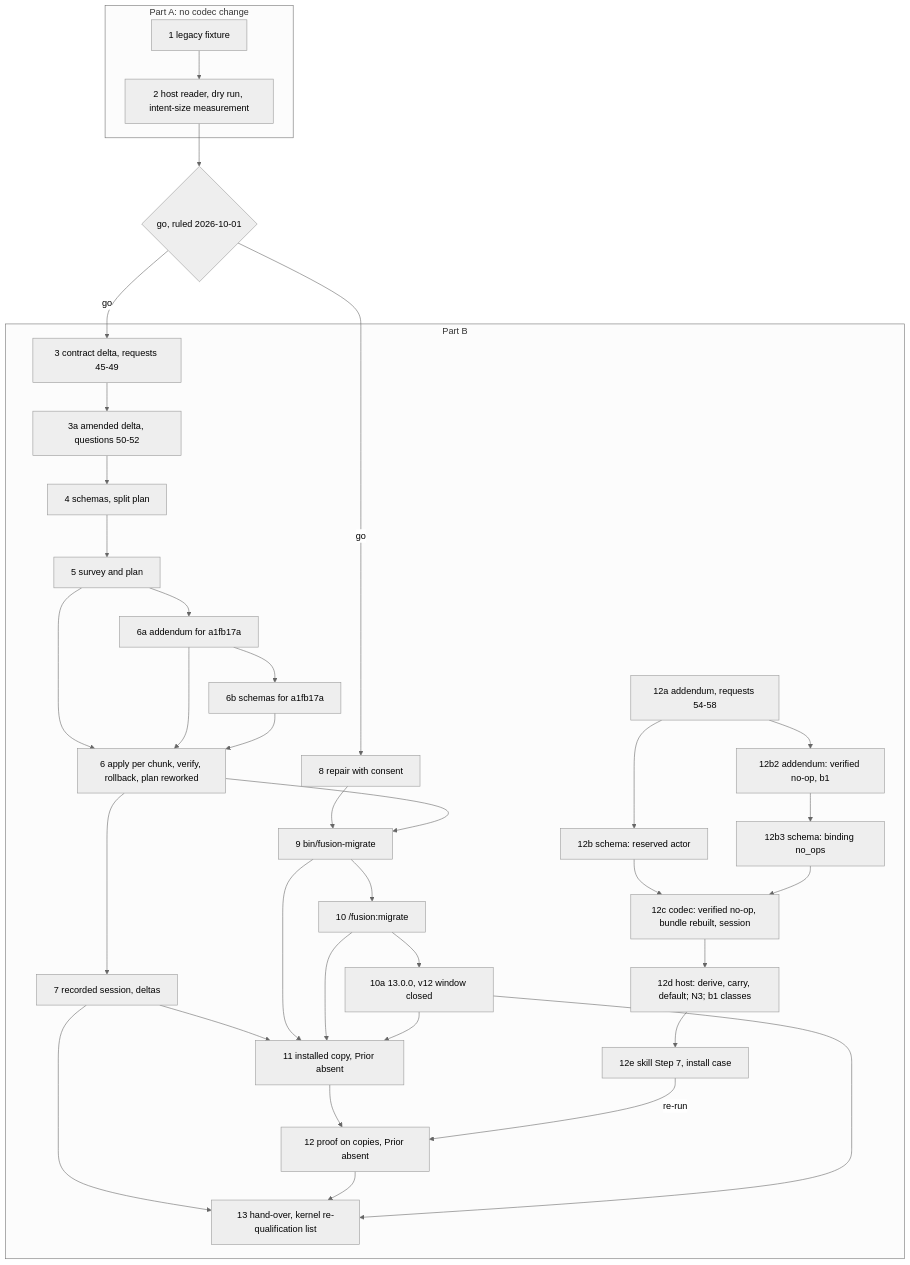
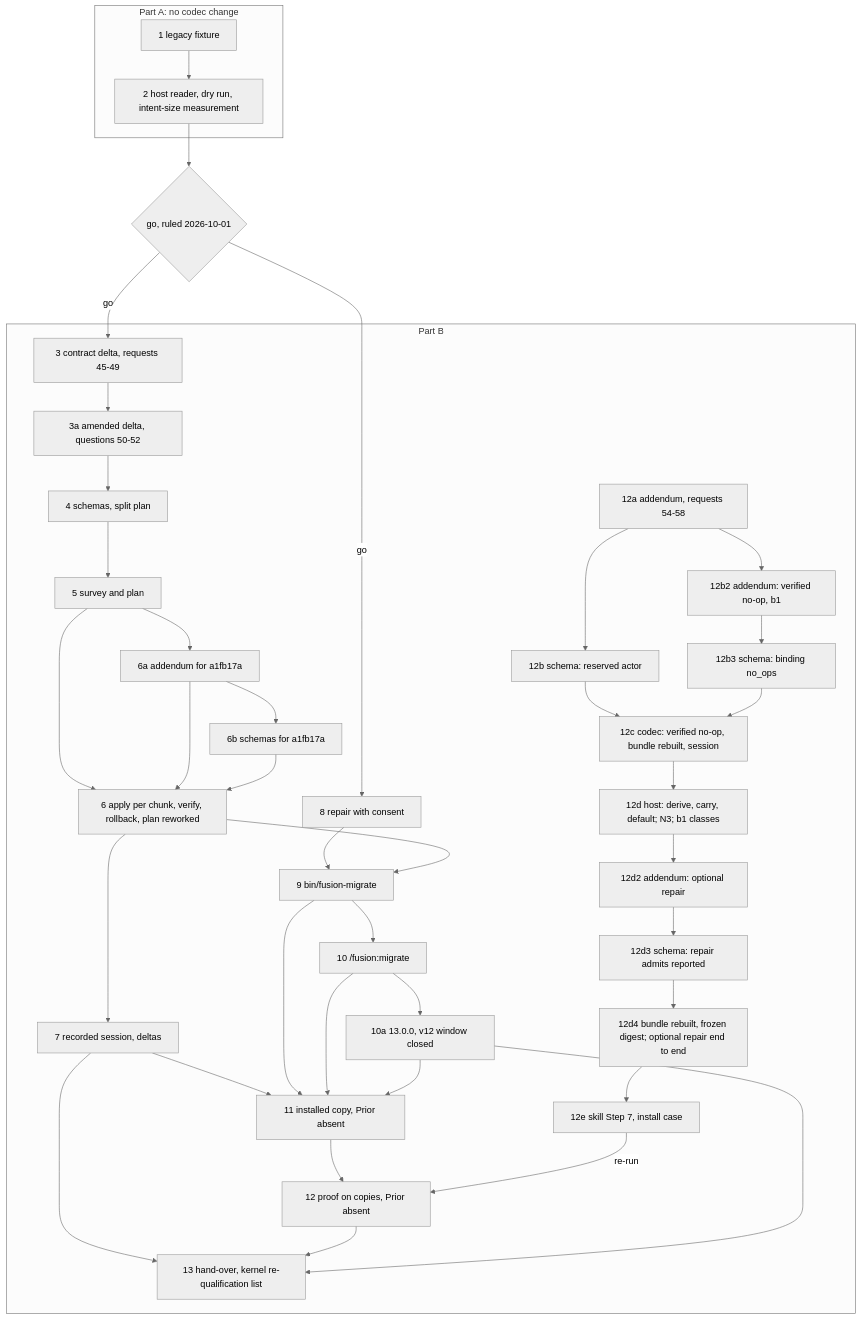
Before and after one commit to tenzoki/fusion: the second of 2 diagrams in fusion-workbench/work-packages/260928-1338-json-control-data-and-markdown-artefacts/plans/261001-1804_p_plan-fj04-the-migration-of-a-legacy-workbench-proven-on-copies.md, drawn with Mermaid (neutral theme). The commit also changed other lines of this file and 3 other files, not shown here.

First line of the commit message:
docs(workbench): optional repairs enter the frozen plan, decision 261003-2045 answered (FJ04 steps 12d2-12d4 planned)

````diff
--- a/fusion-workbench/work-packages/260928-1338-json-control-data-and-markdown-artefacts/plans/261001-1804_p_plan-fj04-the-migration-of-a-legacy-workbench-proven-on-copies.md
+++ b/fusion-workbench/work-packages/260928-1338-json-control-data-and-markdown-artefacts/plans/261001-1804_p_plan-fj04-the-migration-of-a-legacy-workbench-proven-on-copies.md
@@ -1018,40 +1067,43 @@
 ```mermaid
 flowchart TD
   subgraph A["Part A: no codec change"]
     S1[1 legacy fixture] --> S2[2 host reader, dry run, intent-size measurement]
   end
   S2 --> GO{go, ruled 2026-10-01}
   subgraph B["Part B"]
     S3[3 contract delta, requests 45-49] --> S3a[3a amended delta, questions 50-52]
     S3a --> S4[4 schemas, split plan]
     S4 --> S5[5 survey and plan]
     S5 --> S6[6 apply per chunk, verify, rollback, plan reworked]
     S5 --> S6a[6a addendum for a1fb17a]
     S6a --> S6b[6b schemas for a1fb17a]
     S6a --> S6
     S6b --> S6
     S6 --> S7[7 recorded session, deltas]
     S8[8 repair with consent] --> S9[9 bin/fusion-migrate]
     S6 --> S9
     S9 --> S10[10 /fusion:migrate]
     S10 --> S10a[10a 13.0.0, v12 window closed]
     S7 --> S11[11 installed copy, Prior absent]
     S9 --> S11
     S10 --> S11
     S10a --> S11
     S11 --> S12[12 proof on copies, Prior absent]
     S12a[12a addendum, requests 54-58] --> S12b[12b schema: reserved actor]
     S12a --> S12b2[12b2 addendum: verified no-op, b1]
     S12b2 --> S12b3[12b3 schema: binding no_ops]
     S12b --> S12c[12c codec: verified no-op, bundle rebuilt, session]
     S12b3 --> S12c
     S12c --> S12d[12d host: derive, carry, default; N3; b1 classes]
-    S12d --> S12e[12e skill Step 7, install case]
+    S12d --> S12d2[12d2 addendum: optional repair]
+    S12d2 --> S12d3[12d3 schema: repair admits reported]
+    S12d3 --> S12d4[12d4 bundle rebuilt, frozen digest; optional repair end to end]
+    S12d4 --> S12e[12e skill Step 7, install case]
     S12e -->|re-run| S12
     S7 --> S13[13 hand-over, kernel re-qualification list]
     S12 --> S13
     S10a --> S13
   end
   GO -->|go| S3
   GO -->|go| S8
 ```
````
